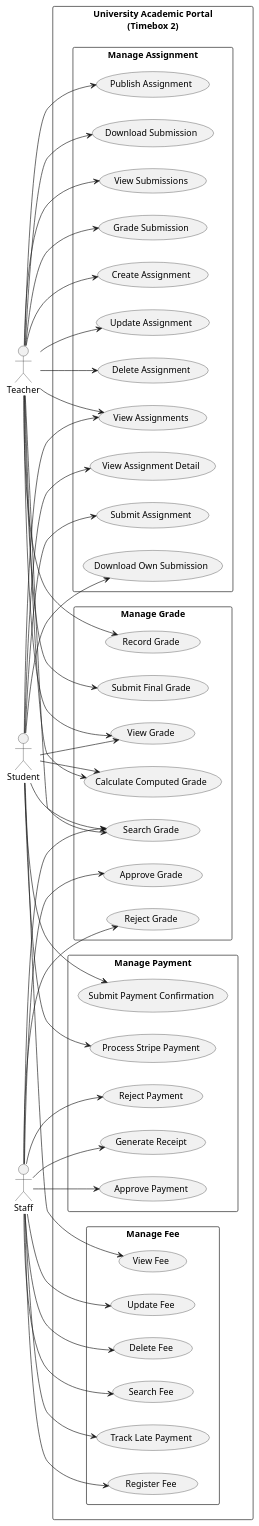
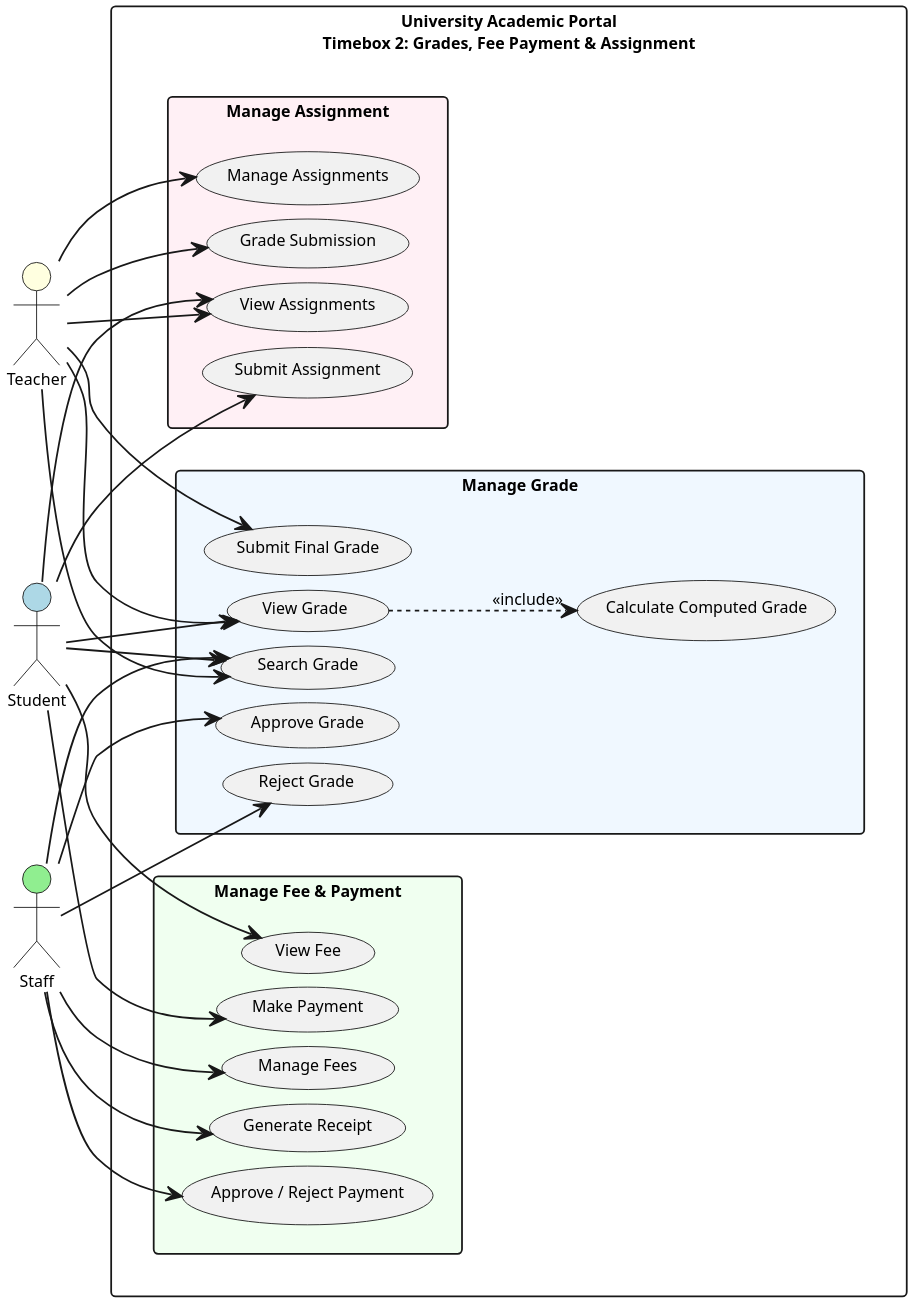
One commit to KyawMyoHtay1/academic-portal changed the diagram in docs/TIMEBOX2_USE_CASE_DIAGRAM.md. Above: the diagram before and after it, drawn with PlantUML. The commit also changed other lines of this file and 4 other files, not shown here.

Commit message:
Add timestamps to additional classes in class diagrams: Include created_at and updated_at attributes for Announcement, Message, Notification, ContactMessage, and FeedbackMessage classes, enhancing data tracking and management capabilities.

````diff
--- a/docs/TIMEBOX2_USE_CASE_DIAGRAM.md
+++ b/docs/TIMEBOX2_USE_CASE_DIAGRAM.md
@@ -8,91 +8,68 @@
 @startuml Timebox2_UseCaseDiagram
 left to right direction
 skinparam packageStyle rectangle
+skinparam shadowing false
+skinparam dpi 300
 
-actor "Student" as Student
-actor "Teacher" as Teacher
-actor "Staff" as Staff
+scale 0.9
+skinparam defaultFontSize 9
+skinparam ranksep 10
+skinparam nodesep 8
+skinparam RectanglePadding 8
 
-rectangle "University Academic Portal\n(Timebox 2)" {
+actor Student #LightBlue
+actor Teacher #LightYellow
+actor Staff #LightGreen
 
-  rectangle "Manage Grade" {
-    usecase "Record Grade" as UC_RecordGrade
+rectangle "University Academic Portal\nTimebox 2: Grades, Fee Payment & Assignment" #White {
+
+  rectangle "Manage Assignment" #LavenderBlush {
+    usecase "Submit Assignment" as UC_SubmitAssignment
+    usecase "View Assignments" as UC_ViewAssignments
+    usecase "Manage Assignments" as UC_ManageAssignments
+    usecase "Grade Submission" as UC_GradeSubmission
+  }
+
+  rectangle "Manage Grade" #AliceBlue {
+    usecase "View Grade" as UC_ViewGrade
+    usecase "Submit Final Grade" as UC_SubmitFinalGrade
+    usecase "Search Grade" as UC_SearchGrade
     usecase "Approve Grade" as UC_ApproveGrade
     usecase "Reject Grade" as UC_RejectGrade
-    usecase "View Grade" as UC_ViewGrade
-    usecase "Search Grade" as UC_SearchGrade
     usecase "Calculate Computed Grade" as UC_CalculateComputedGrade
-    usecase "Submit Final Grade" as UC_SubmitFinalGrade
   }
 
-  rectangle "Manage Fee" {
-    usecase "Register Fee" as UC_RegisterFee
-    usecase "Update Fee" as UC_UpdateFee
-    usecase "Delete Fee" as UC_DeleteFee
-    usecase "Search Fee" as UC_SearchFee
+  rectangle "Manage Fee & Payment" #Honeydew {
     usecase "View Fee" as UC_ViewFee
-    usecase "Track Late Payment" as UC_TrackLatePayment
-  }
-
-  rectangle "Manage Payment" {
-    usecase "Submit Payment Confirmation" as UC_SubmitPayment
-    usecase "Approve Payment" as UC_ApprovePayment
-    usecase "Reject Payment" as UC_RejectPayment
-    usecase "Process Stripe Payment" as UC_StripePayment
+    usecase "Make Payment" as UC_MakePayment
+    usecase "Manage Fees" as UC_ManageFees
     usecase "Generate Receipt" as UC_GenerateReceipt
-  }
-
-  rectangle "Manage Assignment" {
-    usecase "Create Assignment" as UC_CreateAssignment
-    usecase "Update Assignment" as UC_UpdateAssignment
-    usecase "Delete Assignment" as UC_DeleteAssignment
-    usecase "Publish Assignment" as UC_PublishAssignment
-    usecase "View Assignments" as UC_ViewAssignments
-    usecase "View Submissions" as UC_ViewSubmissions
-    usecase "Grade Submission" as UC_GradeSubmission
-    usecase "Download Submission" as UC_DownloadSubmission
-    usecase "View Assignment Detail" as UC_ViewAssignmentDetail
-    usecase "Submit Assignment" as UC_SubmitAssignment
-    usecase "Download Own Submission" as UC_DownloadOwnSubmission
+    usecase "Approve / Reject Payment" as UC_ApproveRejectPayment
   }
 }
 
+UC_ViewGrade ..> UC_CalculateComputedGrade : <<include>>
+
+Student --> UC_SubmitAssignment
+Student --> UC_ViewAssignments
 Student --> UC_ViewGrade
 Student --> UC_SearchGrade
-Student --> UC_CalculateComputedGrade
 Student --> UC_ViewFee
-Student --> UC_SubmitPayment
-Student --> UC_StripePayment
-Student --> UC_ViewAssignments
-Student --> UC_ViewAssignmentDetail
-Student --> UC_SubmitAssignment
-Student --> UC_DownloadOwnSubmission
+Student --> UC_MakePayment
 
-Teacher --> UC_RecordGrade
+Teacher --> UC_ViewAssignments
+Teacher --> UC_ManageAssignments
+Teacher --> UC_GradeSubmission
 Teacher --> UC_ViewGrade
+Teacher --> UC_SubmitFinalGrade
 Teacher --> UC_SearchGrade
-Teacher --> UC_CalculateComputedGrade
-Teacher --> UC_SubmitFinalGrade
-Teacher --> UC_CreateAssignment
-Teacher --> UC_UpdateAssignment
-Teacher --> UC_DeleteAssignment
-Teacher --> UC_PublishAssignment
-Teacher --> UC_ViewAssignments
-Teacher --> UC_ViewSubmissions
-Teacher --> UC_GradeSubmission
-Teacher --> UC_DownloadSubmission
 
+Staff --> UC_SearchGrade
 Staff --> UC_ApproveGrade
 Staff --> UC_RejectGrade
-Staff --> UC_SearchGrade
-Staff --> UC_RegisterFee
-Staff --> UC_UpdateFee
-Staff --> UC_DeleteFee
-Staff --> UC_SearchFee
-Staff --> UC_TrackLatePayment
-Staff --> UC_ApprovePayment
-Staff --> UC_RejectPayment
+Staff --> UC_ManageFees
 Staff --> UC_GenerateReceipt
+Staff --> UC_ApproveRejectPayment
 
 @enduml
 ```
````
